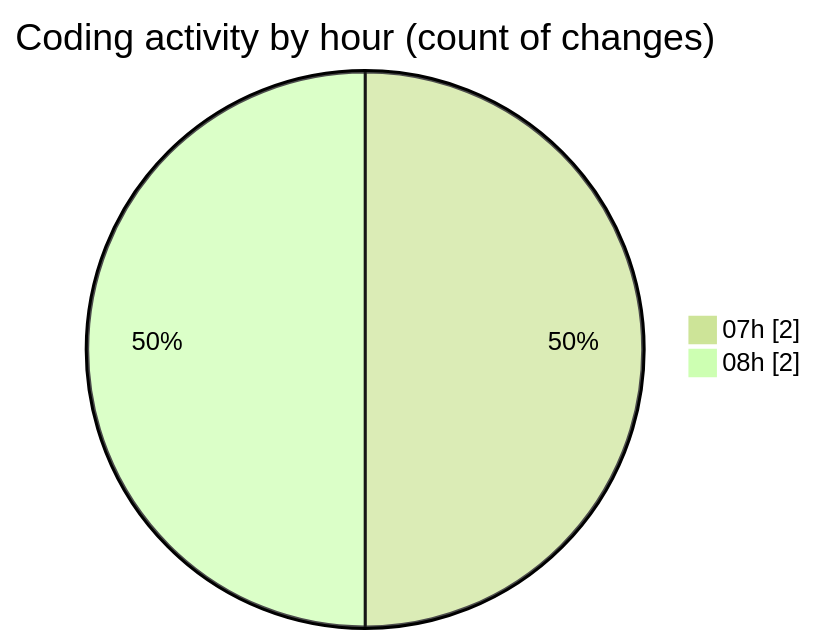
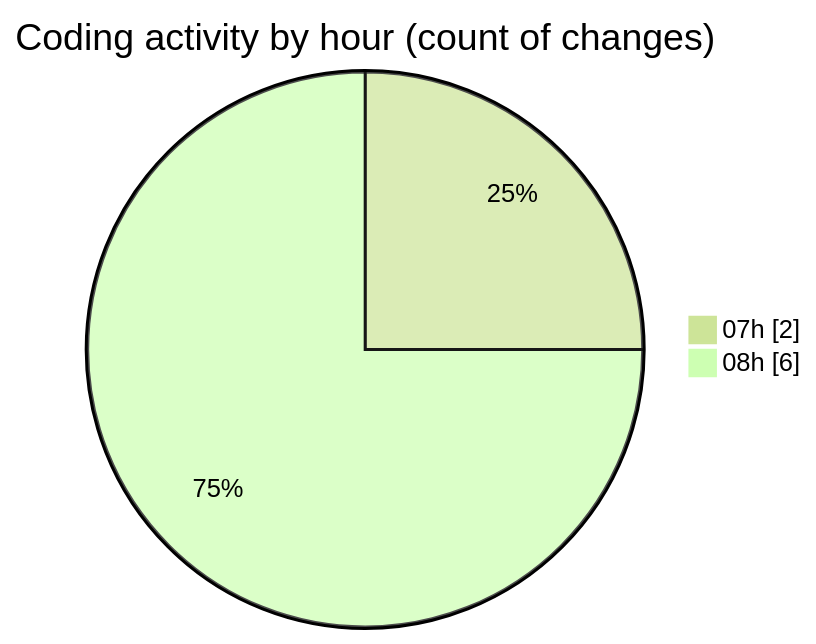
Before and after one commit to Elitesun/code-tracking: the second of 2 diagrams in 2025-05-14/niten/README.md, drawn with Mermaid (forest theme). The commit also changed other lines of this file and 1 other file, not shown here.

````diff
--- a/2025-05-14/niten/README.md
+++ b/2025-05-14/niten/README.md
@@ -29,6 +31,6 @@
 ```mermaid
 pie showData
 title Coding activity by hour (count of changes)
 "07h" : 2
-"08h" : 2
+"08h" : 6
 ```
````
